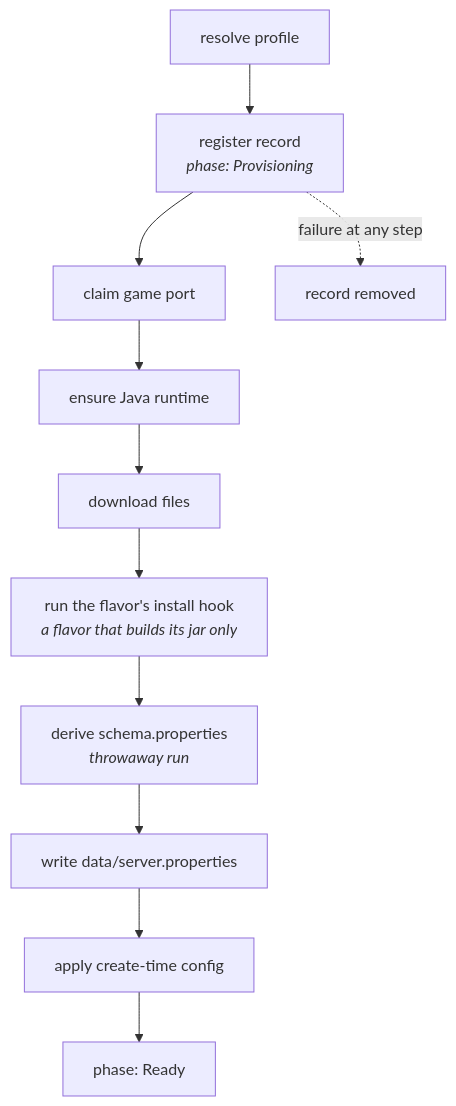
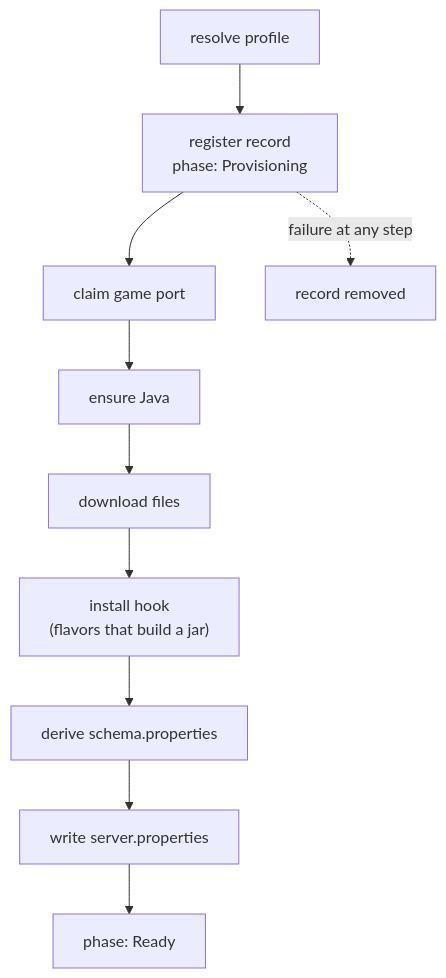
The first of 4 diagrams in docs/architecture/entries.md (prytaneum/hestia), drawn with Mermaid before and after one commit. The commit also changed other lines of this file and 11 other files, not shown here.

Commit message:
docs(architecture): describe the current system only

````diff
--- a/docs/architecture/entries.md
+++ b/docs/architecture/entries.md
@@ -129,14 +82,7 @@
 ```mermaid
 flowchart TD
-    R["resolve profile"] --> REG["register record<br/><i>phase: Provisioning</i>"]
-    REG --> PORT["claim game port"]
-    PORT --> JAVA["ensure Java runtime"]
-    JAVA --> FETCH["download files"]
-    FETCH --> INSTALL["run the flavor's install hook<br/><i>a flavor that builds its jar only</i>"]
-    INSTALL --> SCHEMA["derive schema.properties<br/><i>throwaway run</i>"]
-    SCHEMA --> PROPS["write data/server.properties"]
-    PROPS --> CFG["apply create-time config"]
-    CFG --> READY["phase: Ready"]
-
+    R["resolve profile"] --> REG["register record<br/>phase: Provisioning"] --> PORT["claim game port"] --> JAVA["ensure Java"]
+    JAVA --> FETCH["download files"] --> INSTALL["install hook<br/>(flavors that build a jar)"]
+    INSTALL --> SCHEMA["derive schema.properties"] --> PROPS["write server.properties"] --> READY["phase: Ready"]
     REG -.->|"failure at any step"| DISCARD["record removed"]
 ```
````
